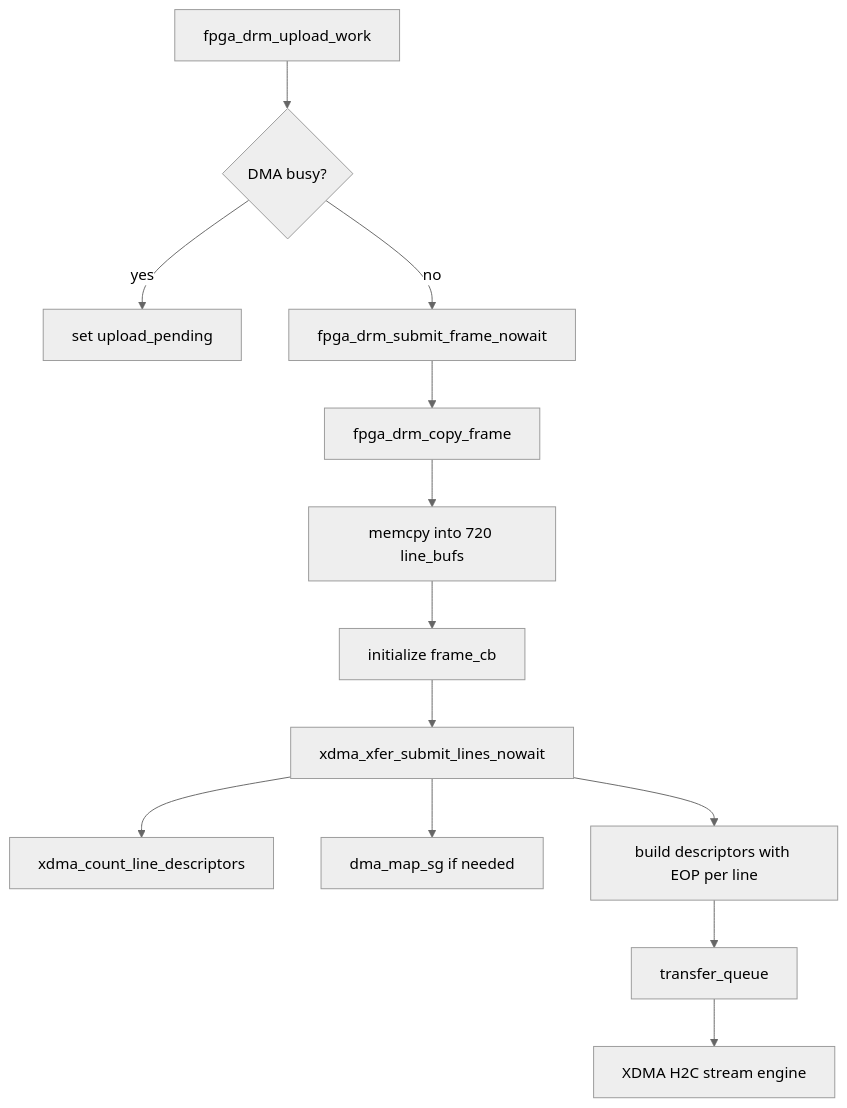
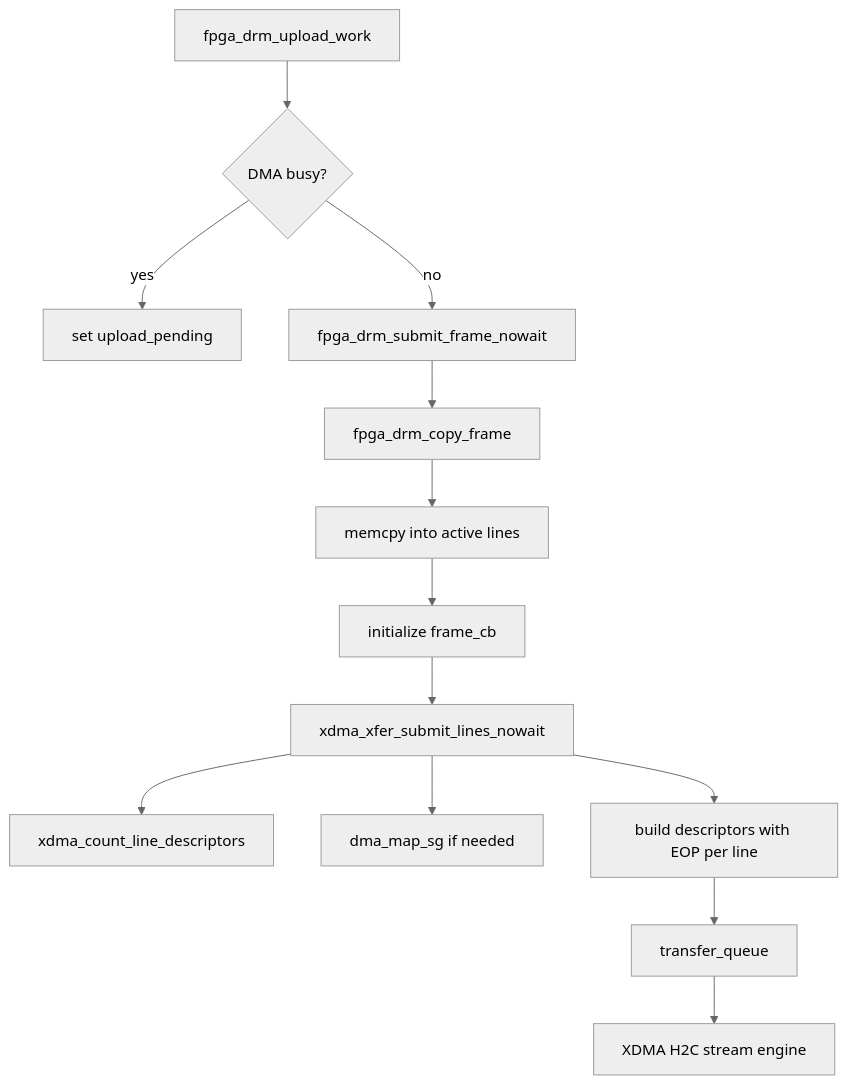
Before and after one commit to alpkoyun/Simple-Display-Controller: the third of 6 diagrams in doc/Linux_DRM_Driver_AI_GEN_documents/call_graph.md, drawn with Mermaid (neutral theme). The commit also changed other lines of this file and 19 other files, not shown here.

````diff
--- a/doc/Linux_DRM_Driver_AI_GEN_documents/call_graph.md
+++ b/doc/Linux_DRM_Driver_AI_GEN_documents/call_graph.md
@@ -60,15 +61,15 @@
 ```mermaid
 flowchart TD
     Work[fpga_drm_upload_work] --> Busy{DMA busy?}
     Busy -- yes --> Pending[set upload_pending]
     Busy -- no --> Submit[fpga_drm_submit_frame_nowait]
     Submit --> Copy[fpga_drm_copy_frame]
-    Copy --> Lines[memcpy into 720 line_bufs]
+    Copy --> Lines[memcpy into active lines]
     Lines --> CB[initialize frame_cb]
     CB --> Xfer[xdma_xfer_submit_lines_nowait]
     Xfer --> Count[xdma_count_line_descriptors]
     Xfer --> Map[dma_map_sg if needed]
     Xfer --> Desc[build descriptors with EOP per line]
     Desc --> Queue[transfer_queue]
     Queue --> HW[XDMA H2C stream engine]
 ```
````
